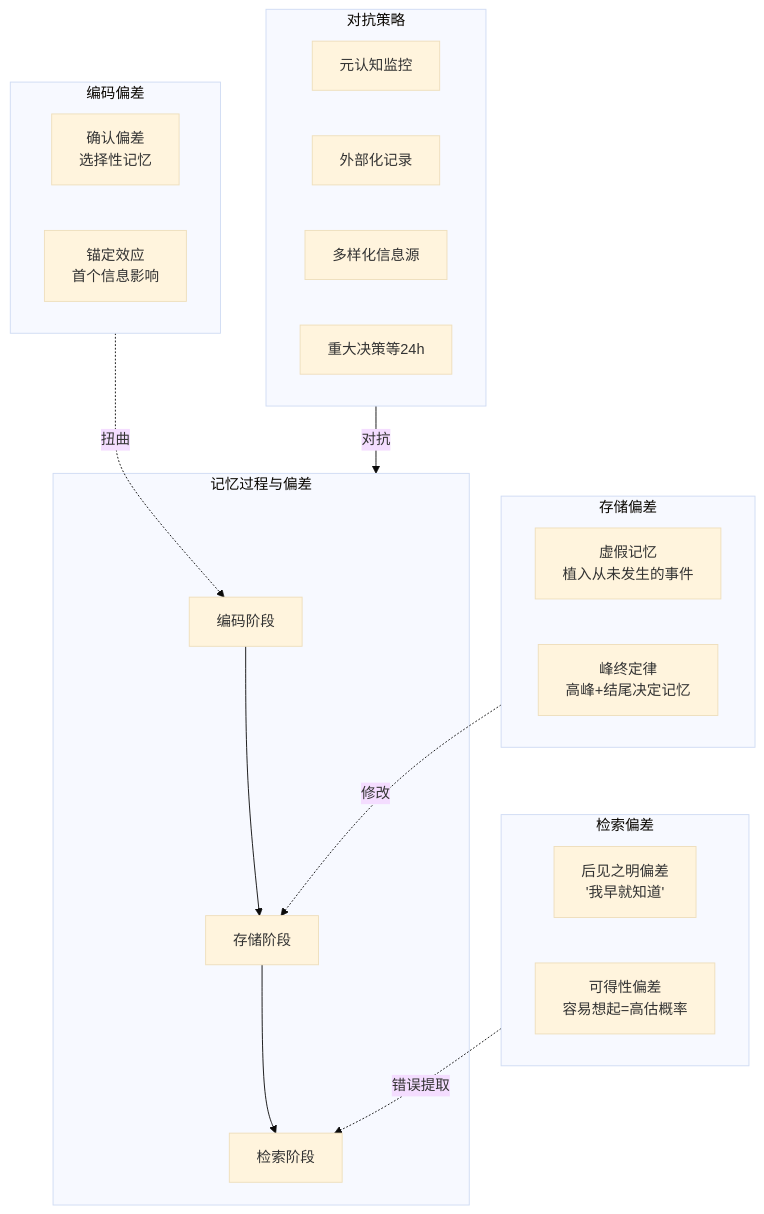
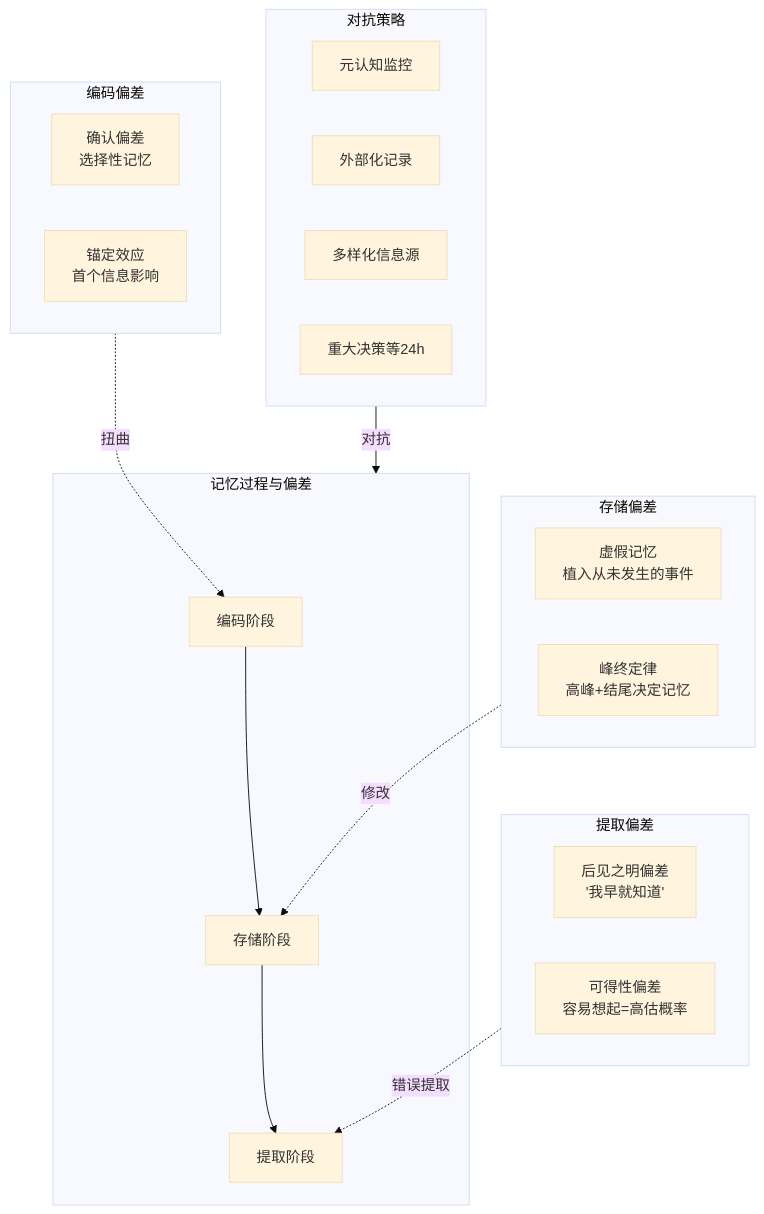
Before and after one commit to brother2050/memory-guide: the diagram in 26-认知偏差与记忆.md, drawn with Mermaid (base theme). The commit also changed other lines of this file and 213 other files, not shown here.

````diff
--- a/26-认知偏差与记忆.md
+++ b/26-认知偏差与记忆.md
@@ -62,33 +62,33 @@
 ```mermaid
 graph TD
     subgraph STAGES["记忆过程与偏差"]
-        ENCODE["编码阶段"] --> STORE["存储阶段"] --> RETRIEVE["检索阶段"]
+        ENCODE["编码阶段"] --> STORE["存储阶段"] --> RETRIEVE["提取阶段"]
     end
 
     subgraph ENCODE_BIAS["编码偏差"]
         CONFIRM["确认偏差\n选择性记忆"]
         ANCHOR["锚定效应\n首个信息影响"]
     end
 
     subgraph STORE_BIAS["存储偏差"]
         FALSE["虚假记忆\n植入从未发生的事件"]
         PEAK["峰终定律\n高峰+结尾决定记忆"]
     end
 
-    subgraph RETRIEVE_BIAS["检索偏差"]
+    subgraph RETRIEVE_BIAS["提取偏差"]
         HINDSIGHT["后见之明偏差\n'我早就知道'"]
         AVAILABILITY["可得性偏差\n容易想起=高估概率"]
     end
 
     subgraph DEFENSE["对抗策略"]
         METACOG["元认知监控"]
         EXTERNAL["外部化记录"]
         DIVERSE["多样化信息源"]
         WAIT["重大决策等24h"]
     end
 
     ENCODE_BIAS -.->|"扭曲"| ENCODE
     STORE_BIAS -.->|"修改"| STORE
     RETRIEVE_BIAS -.->|"错误提取"| RETRIEVE
     DEFENSE -->|"对抗"| STAGES
 ```
````
